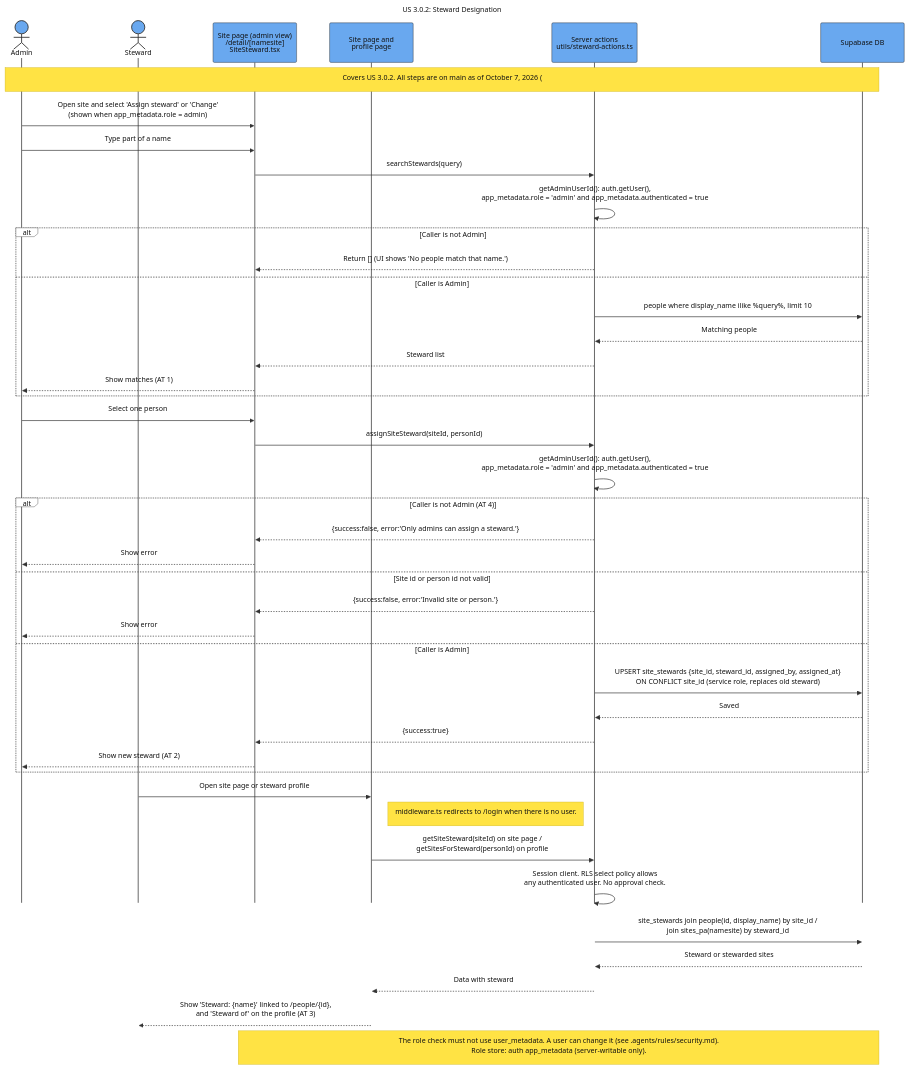
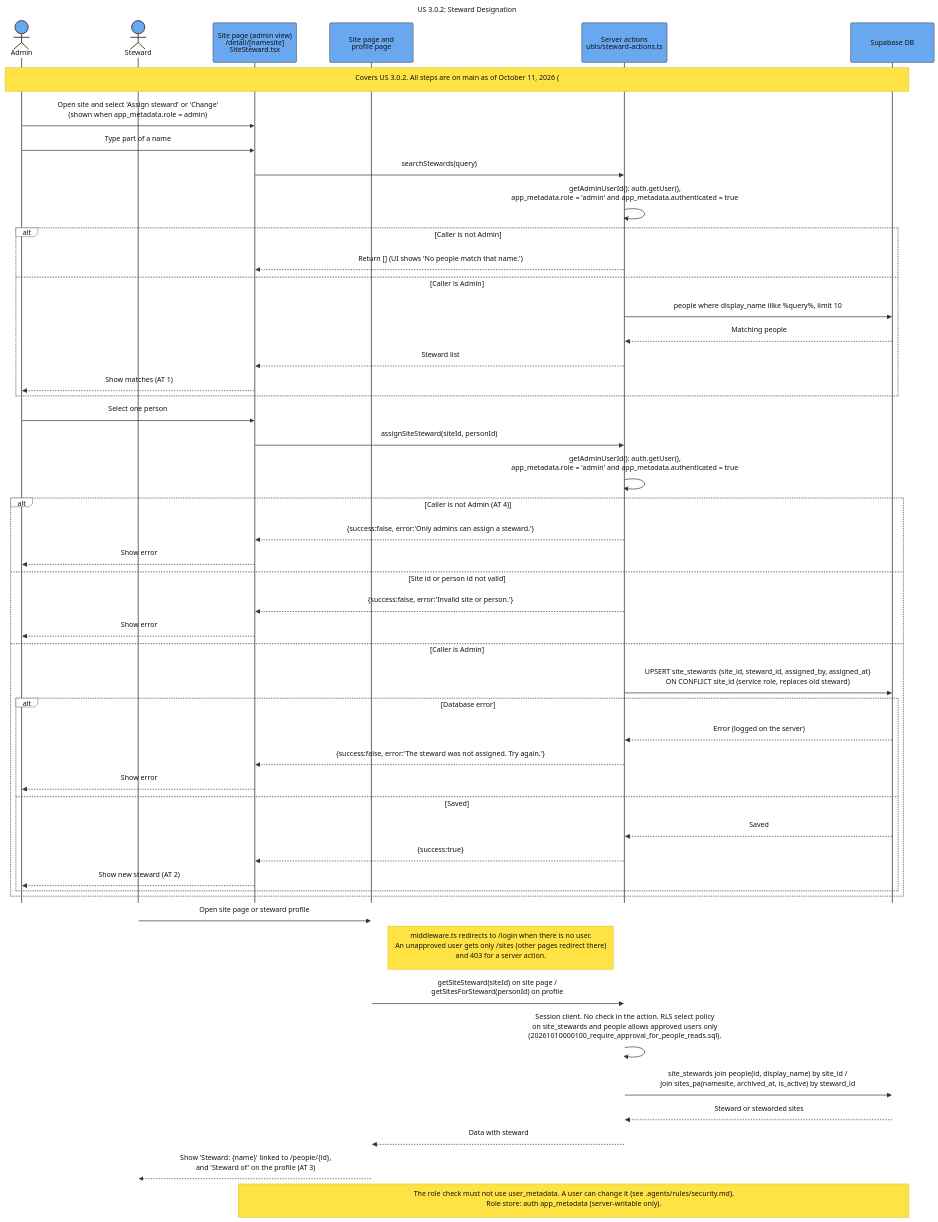
Before and after one commit to SAPAA-Dev/W26Project-SAPAA-Dev-Team: the diagram in docs/assets/Sequence_US_3_0_2_Steward_Designation.mmd, drawn with Mermaid. The commit also changed 196 other files, not shown here.

```diff
--- a/docs/assets/Sequence_US_3_0_2_Steward_Designation.mmd
+++ b/docs/assets/Sequence_US_3_0_2_Steward_Designation.mmd
@@ -1,91 +1,97 @@
 ---
 title: "US 3.0.2: Steward Designation"
 config:
   theme: base
   sequence:
     actorMargin: 75
     boxMargin: 12
     diagramMarginX: 45
     diagramMarginY: 30
     messageMargin: 40
     noteMargin: 16
     mirrorActors: false
     width: 190
     height: 90
   themeVariables:
     background: "#ffffff"
     primaryColor: "#69a8ef"
     primaryBorderColor: "#333333"
     primaryTextColor: "#111111"
     actorBkg: "#69a8ef"
     actorBorder: "#333333"
     actorTextColor: "#111111"
     actorLineColor: "#555555"
     signalColor: "#333333"
     signalTextColor: "#111111"
     activationBkgColor: "#cdd3db"
     activationBorderColor: "#cdd3db"
     noteBkgColor: "#ffe344"
     noteBorderColor: "#d4ba24"
     noteTextColor: "#111111"
     labelBoxBkgColor: "#ffffff"
     labelBoxBorderColor: "#555555"
     labelTextColor: "#111111"
     loopTextColor: "#111111"
     altBackground: "#ffffff"
   themeCSS: |
     .actor-line {
       stroke-dasharray: 10 10 !important;
       stroke-width: 1.25px !important;
     }
 ---
 sequenceDiagram
     autonumber off
     actor Admin
     actor Steward
     participant AdminSite as Site page (admin view)<br/>/detail/[namesite]<br/>SiteSteward.tsx
     participant Pages as Site page and<br/>profile page
     participant Server as Server actions<br/>utils/steward-actions.ts
     participant DB as Supabase DB
 
-    Note over Admin,DB: Covers US 3.0.2. All steps are on main as of October 7, 2026 (#133, #139).
+    Note over Admin,DB: Covers US 3.0.2. All steps are on main as of October 11, 2026 (#133, #139, #238, #240).
 
     Admin->>AdminSite: Open site and select 'Assign steward' or 'Change'<br/>(shown when app_metadata.role = admin)
     Admin->>AdminSite: Type part of a name
     AdminSite->>Server: searchStewards(query)
     Server->>Server: getAdminUserId(): auth.getUser(),<br/>app_metadata.role = 'admin' and app_metadata.authenticated = true
     alt Caller is not Admin
         Server-->>AdminSite: Return [] (UI shows 'No people match that name.')
     else Caller is Admin
         Server->>DB: people where display_name ilike %query%, limit 10
         DB-->>Server: Matching people
         Server-->>AdminSite: Steward list
         AdminSite-->>Admin: Show matches (AT 1)
     end
 
     Admin->>AdminSite: Select one person
     AdminSite->>Server: assignSiteSteward(siteId, personId)
     Server->>Server: getAdminUserId(): auth.getUser(),<br/>app_metadata.role = 'admin' and app_metadata.authenticated = true
     alt Caller is not Admin (AT 4)
         Server-->>AdminSite: {success:false, error:'Only admins can assign a steward.'}
         AdminSite-->>Admin: Show error
     else Site id or person id not valid
         Server-->>AdminSite: {success:false, error:'Invalid site or person.'}
         AdminSite-->>Admin: Show error
     else Caller is Admin
         Server->>DB: UPSERT site_stewards {site_id, steward_id, assigned_by, assigned_at}<br/>ON CONFLICT site_id (service role, replaces old steward)
-        DB-->>Server: Saved
-        Server-->>AdminSite: {success:true}
-        AdminSite-->>Admin: Show new steward (AT 2)
+        alt Database error
+            DB-->>Server: Error (logged on the server)
+            Server-->>AdminSite: {success:false, error:'The steward was not assigned. Try again.'}
+            AdminSite-->>Admin: Show error
+        else Saved
+            DB-->>Server: Saved
+            Server-->>AdminSite: {success:true}
+            AdminSite-->>Admin: Show new steward (AT 2)
+        end
     end
 
     Steward->>Pages: Open site page or steward profile
-    Note right of Pages: middleware.ts redirects to /login when there is no user.
+    Note right of Pages: middleware.ts redirects to /login when there is no user.<br/>An unapproved user gets only /sites (other pages redirect there)<br/>and 403 for a server action.
     Pages->>Server: getSiteSteward(siteId) on site page /<br/>getSitesForSteward(personId) on profile
-    Server->>Server: Session client. RLS select policy allows<br/>any authenticated user. No approval check.
-    Server->>DB: site_stewards join people(id, display_name) by site_id /<br/>join sites_pa(namesite) by steward_id
+    Server->>Server: Session client. No check in the action. RLS select policy<br/>on site_stewards and people allows approved users only<br/>(20261010000100_require_approval_for_people_reads.sql).
+    Server->>DB: site_stewards join people(id, display_name) by site_id /<br/>join sites_pa(namesite, archived_at, is_active) by steward_id
     DB-->>Server: Steward or stewarded sites
     Server-->>Pages: Data with steward
     Pages-->>Steward: Show 'Steward: {name}' linked to /people/{id},<br/>and 'Steward of' on the profile (AT 3)
 
     Note over AdminSite,DB: The role check must not use user_metadata. A user can change it (see .agents/rules/security.md).<br/>Role store: auth app_metadata (server-writable only).
```
